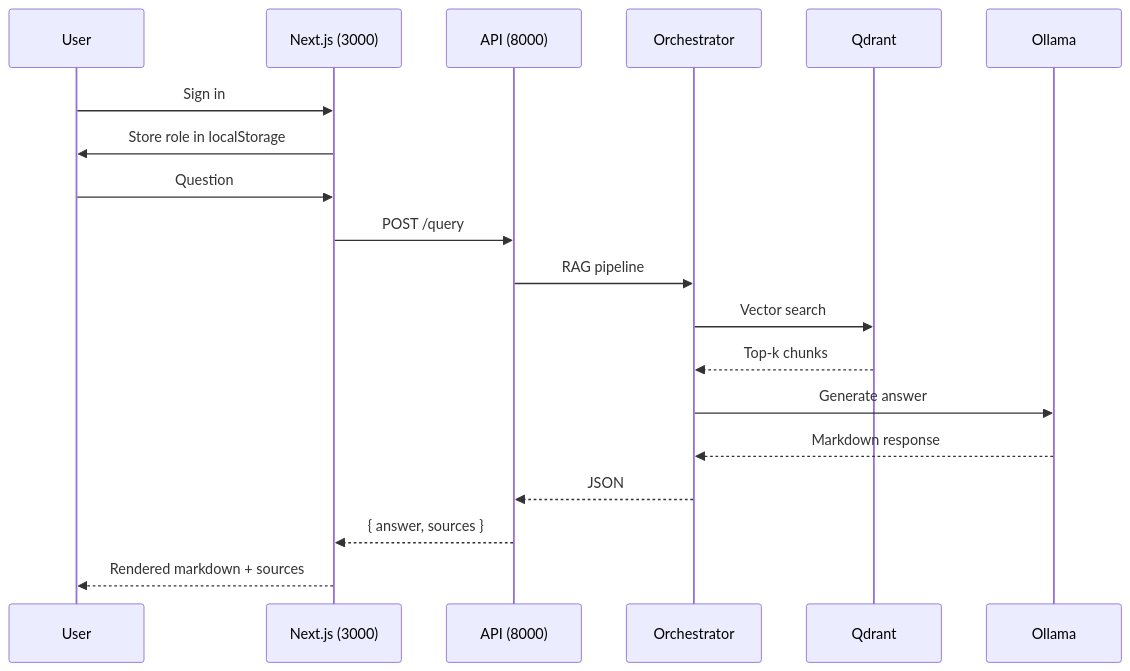
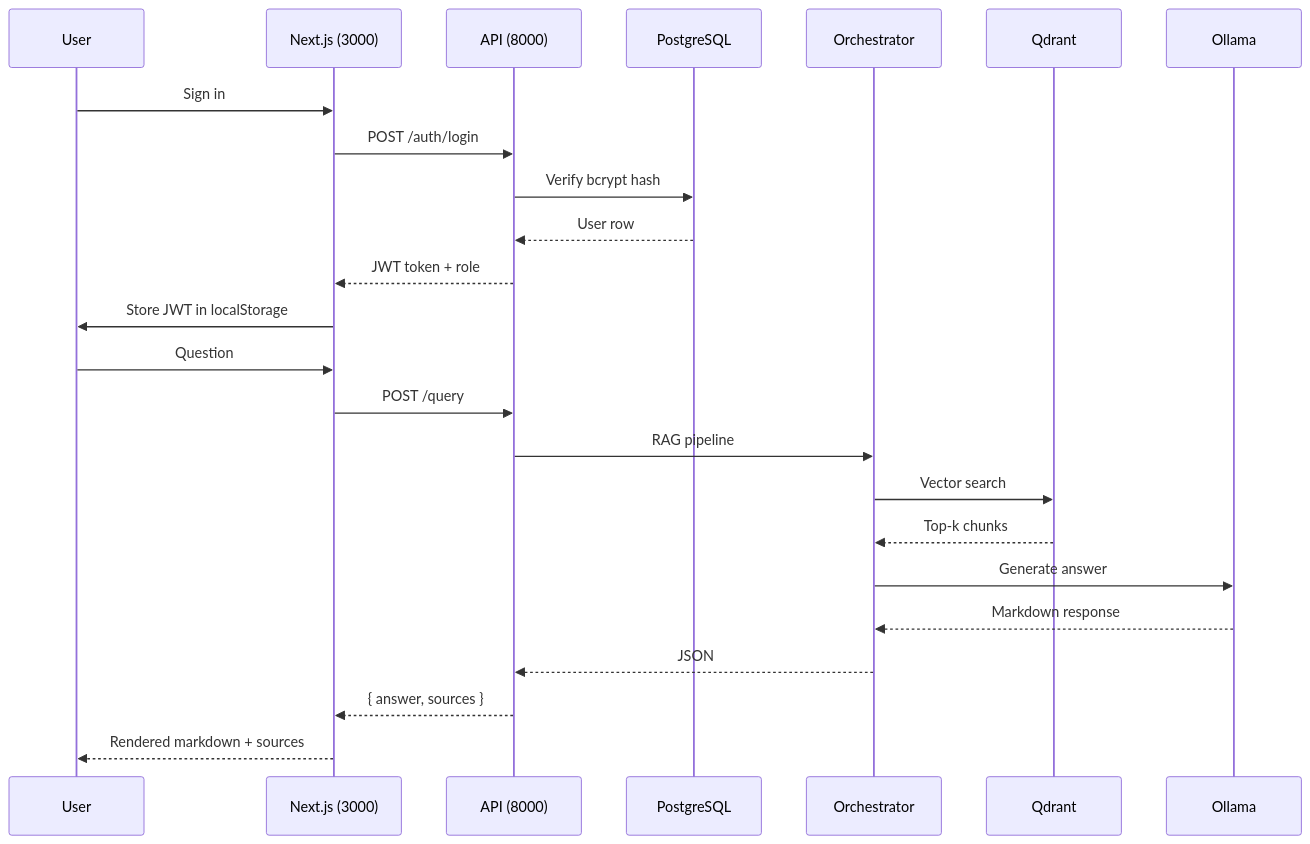
The diagram in docs/components/streamlit.mdx (3ntrop1a/openrag), drawn with Mermaid before and after one commit. The commit also changed other lines of this file and 1 other file, not shown here.

First line of the commit message:
docs: update auth documentation to reflect JWT + PostgreSQL user system

````diff
--- a/docs/components/streamlit.mdx
+++ b/docs/components/streamlit.mdx
@@ -58,15 +68,19 @@
 ```mermaid
 sequenceDiagram
     User->>Next.js (3000): Sign in
-    Next.js (3000)->>User: Store role in localStorage
+    Next.js (3000)->>API (8000): POST /auth/login
+    API (8000)->>PostgreSQL: Verify bcrypt hash
+    PostgreSQL-->>API (8000): User row
+    API (8000)-->>Next.js (3000): JWT token + role
+    Next.js (3000)->>User: Store JWT in localStorage
     User->>Next.js (3000): Question
     Next.js (3000)->>API (8000): POST /query
     API (8000)->>Orchestrator: RAG pipeline
     Orchestrator->>Qdrant: Vector search
     Qdrant-->>Orchestrator: Top-k chunks
     Orchestrator->>Ollama: Generate answer
     Ollama-->>Orchestrator: Markdown response
     Orchestrator-->>API (8000): JSON
     API (8000)-->>Next.js (3000): { answer, sources }
     Next.js (3000)-->>User: Rendered markdown + sources
 ```
````
